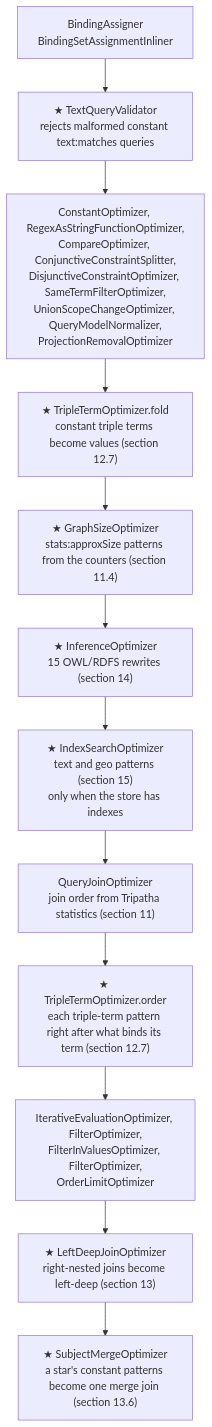
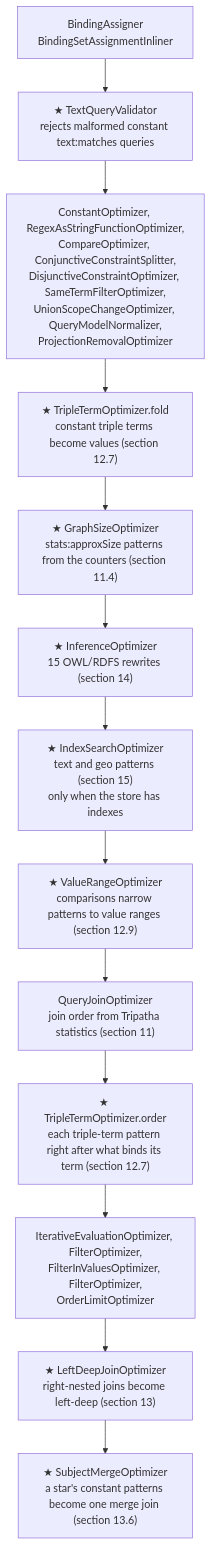
Diagram 12 of 21 in ARCH.md (dgreco/rya-ng), drawn with Mermaid before and after one commit. The commit also changed other lines of this file and 26 other files, not shown here.

````diff
--- a/ARCH.md
+++ b/ARCH.md
@@ -906,14 +913,15 @@
 ```mermaid
 flowchart TD
     o1["BindingAssigner<br/>BindingSetAssignmentInliner"] --> o2["★ TextQueryValidator<br/>rejects malformed constant text:matches queries"]
     o2 --> o3["ConstantOptimizer, RegexAsStringFunctionOptimizer,<br/>CompareOptimizer, ConjunctiveConstraintSplitter,<br/>DisjunctiveConstraintOptimizer, SameTermFilterOptimizer,<br/>UnionScopeChangeOptimizer, QueryModelNormalizer,<br/>ProjectionRemovalOptimizer"]
     o3 --> o3a["★ TripleTermOptimizer.fold<br/>constant triple terms become values (section 12.7)"]
     o3a --> o3b["★ GraphSizeOptimizer<br/>stats:approxSize patterns from the counters (section 11.4)"]
     o3b --> o4["★ InferenceOptimizer<br/>15 OWL/RDFS rewrites (section 14)"]
     o4 --> o5["★ IndexSearchOptimizer<br/>text and geo patterns (section 15)<br/>only when the store has indexes"]
-    o5 --> o6["QueryJoinOptimizer<br/>join order from Tripatha statistics (section 11)"]
+    o5 --> o5b["★ ValueRangeOptimizer<br/>comparisons narrow patterns to value ranges (section 12.9)"]
+    o5b --> o6["QueryJoinOptimizer<br/>join order from Tripatha statistics (section 11)"]
     o6 --> o6b["★ TripleTermOptimizer.order<br/>each triple-term pattern right after what binds its term (section 12.7)"]
     o6b --> o7["IterativeEvaluationOptimizer, FilterOptimizer,<br/>FilterInValuesOptimizer, FilterOptimizer,<br/>OrderLimitOptimizer"]
     o7 --> o8["★ LeftDeepJoinOptimizer<br/>right-nested joins become left-deep (section 13)"]
     o8 --> o9["★ SubjectMergeOptimizer<br/>a star's constant patterns become one merge join (section 13.6)"]
 ```
````
